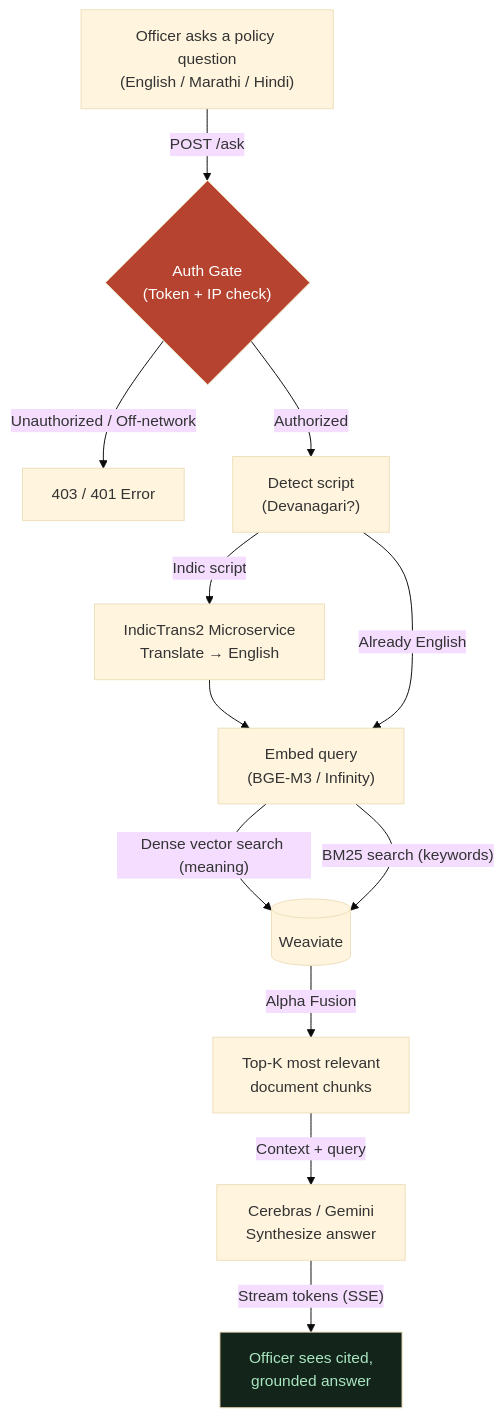
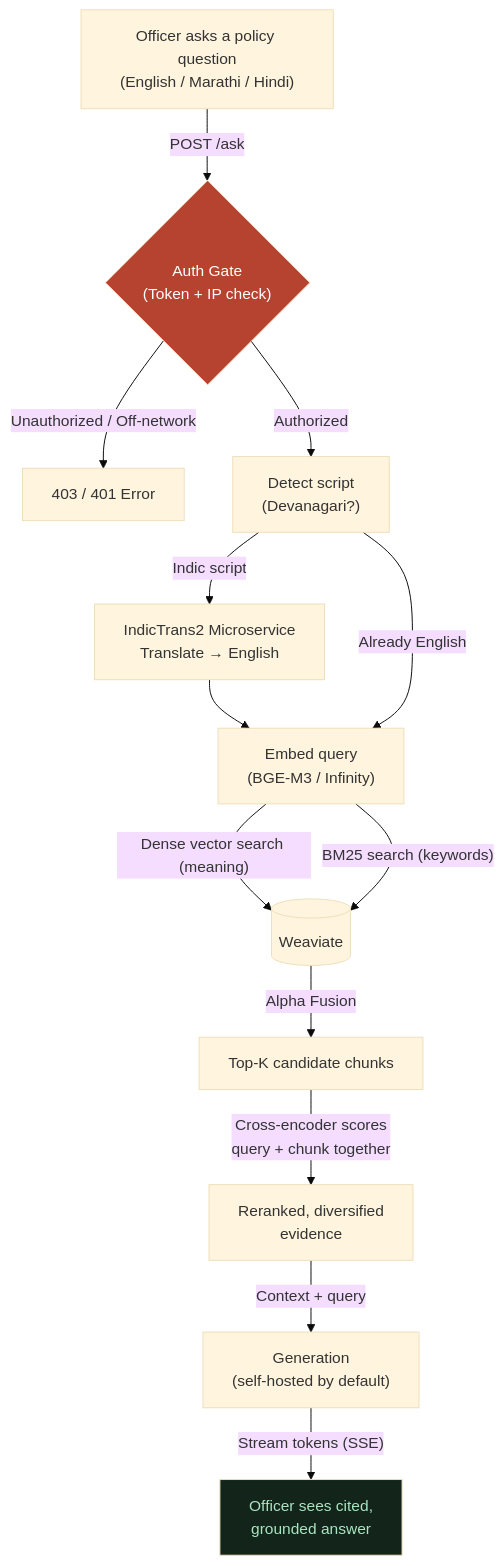
The diagram in learning/00-the-big-picture.md (pushkqr/gov-assist-rag), drawn with Mermaid (base theme) before and after one commit. The commit also changed other lines of this file and 4 other files, not shown here.

````diff
--- a/learning/00-the-big-picture.md
+++ b/learning/00-the-big-picture.md
@@ -22,17 +22,18 @@
 ```mermaid
 flowchart TD
     Q["Officer asks a policy question\n(English / Marathi / Hindi)"] -->|"POST /ask"| A{"Auth Gate\n(Token + IP check)"}
     A -- "Unauthorized / Off-network" --> Z["403 / 401 Error"]
     A -- "Authorized" --> T["Detect script\n(Devanagari?)"]
     T -- "Indic script" --> TR["IndicTrans2 Microservice\nTranslate → English"]
     TR --> E
     T -- "Already English" --> E["Embed query\n(BGE-M3 / Infinity)"]
     E -->|"Dense vector search (meaning)"| W[("Weaviate")]
     E -->|"BM25 search (keywords)"| W
-    W -->|"Alpha Fusion"| F["Top-K most relevant\ndocument chunks"]
-    F -->|"Context + query"| G["Cerebras / Gemini\nSynthesize answer"]
+    W -->|"Alpha Fusion"| F["Top-K candidate chunks"]
+    F -->|"Cross-encoder scores\nquery + chunk together"| R["Reranked, diversified\nevidence"]
+    R -->|"Context + query"| G["Generation\n(self-hosted by default)"]
     G -->|"Stream tokens (SSE)"| H["Officer sees cited,\ngrounded answer"]
 
     style A fill:#b5432f,color:#fff
     style H fill:#13241a,color:#a9e6c0
 ```
````
